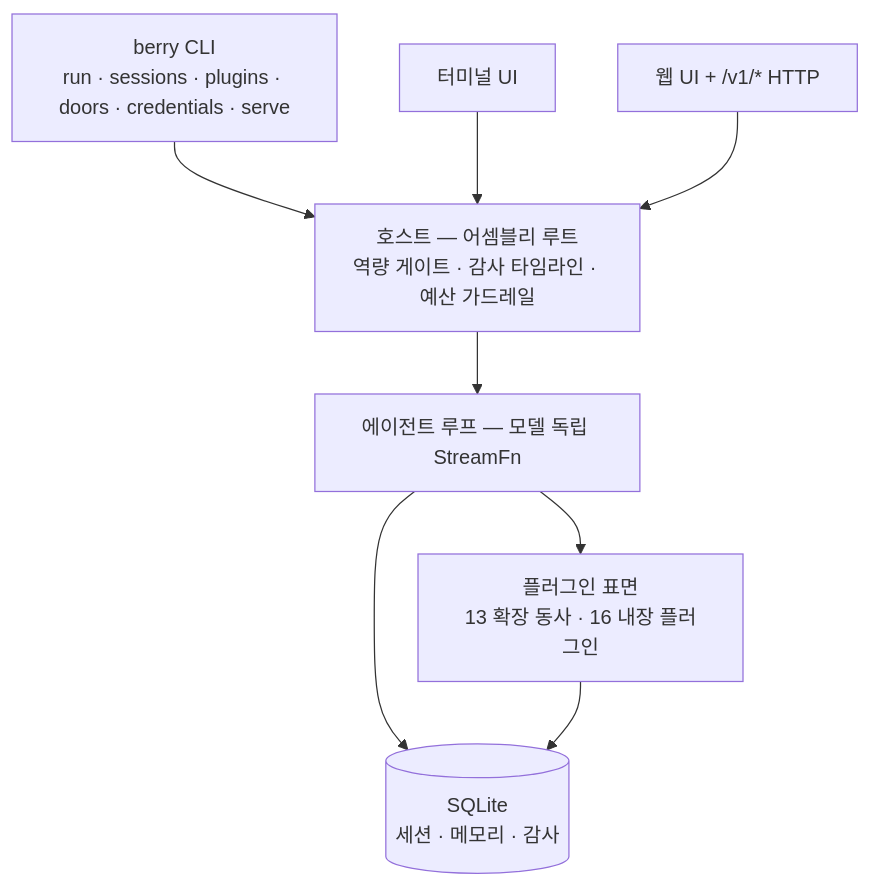
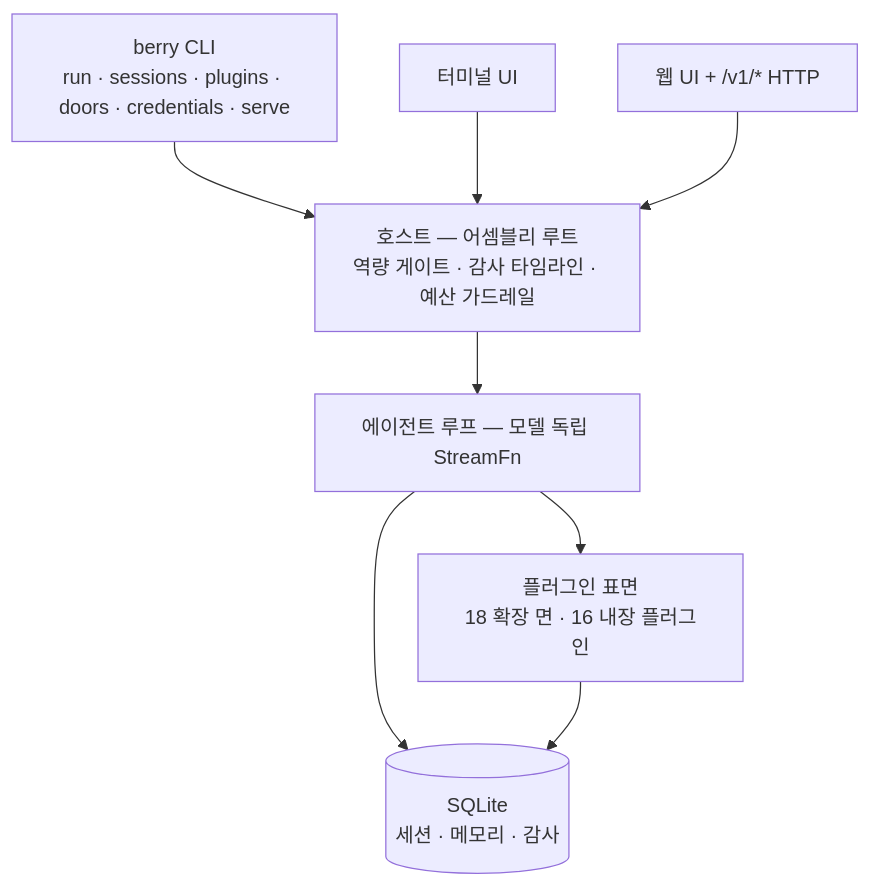
The diagram in README.ko.md (miuiadmin/berry-agent), drawn with Mermaid before and after one commit. The commit also changed 10 other files, not shown here.

First line of the commit message:
fix(docs): ctx 能力面表补交互/压缩策略两行 + check 半装配标注 + 六语 mermaid 18 扩展面 + 知识域死指全清（doc-1/2/4 + eng-1②/eng-4 + rl-1/rl-2）

````diff
--- a/README.ko.md
+++ b/README.ko.md
@@ -131,17 +131,17 @@
 ```mermaid
 graph TD
     CLI["berry CLI<br/>run · sessions · plugins · doors · credentials · serve"]
     TUI["터미널 UI"]
     WEB["웹 UI + /v1/* HTTP"]
     HOST["호스트 — 어셈블리 루트<br/>역량 게이트 · 감사 타임라인 · 예산 가드레일"]
     LOOP["에이전트 루프 — 모델 독립 StreamFn"]
-    PLUGINS["플러그인 표면<br/>13 확장 동사 · 16 내장 플러그인"]
+    PLUGINS["플러그인 표면<br/>18 확장 면 · 16 내장 플러그인"]
     STORE[("SQLite<br/>세션 · 메모리 · 감사")]
     CLI --> HOST
     TUI --> HOST
     WEB --> HOST
     HOST --> LOOP
     LOOP --> PLUGINS
     LOOP --> STORE
     PLUGINS --> STORE
 ```
````
